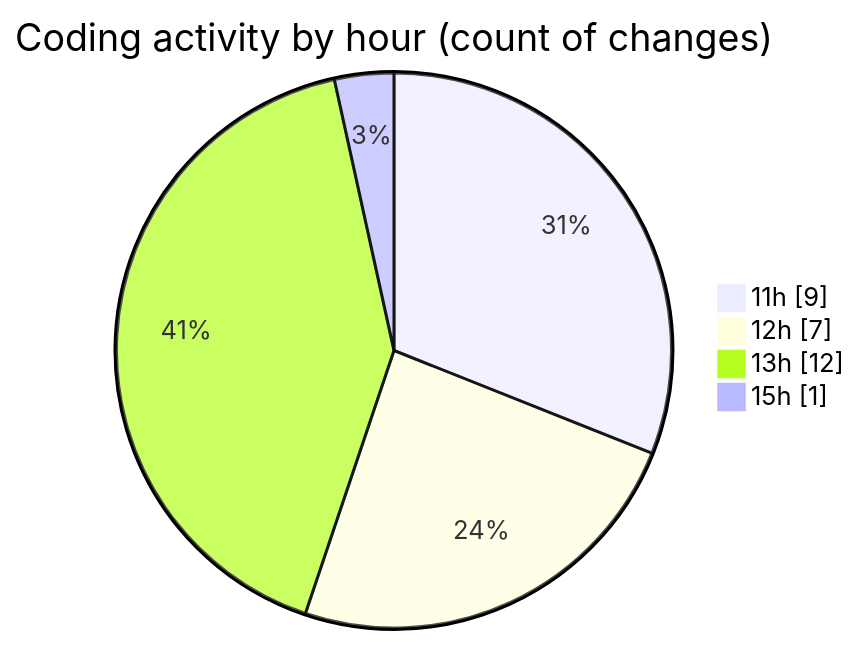
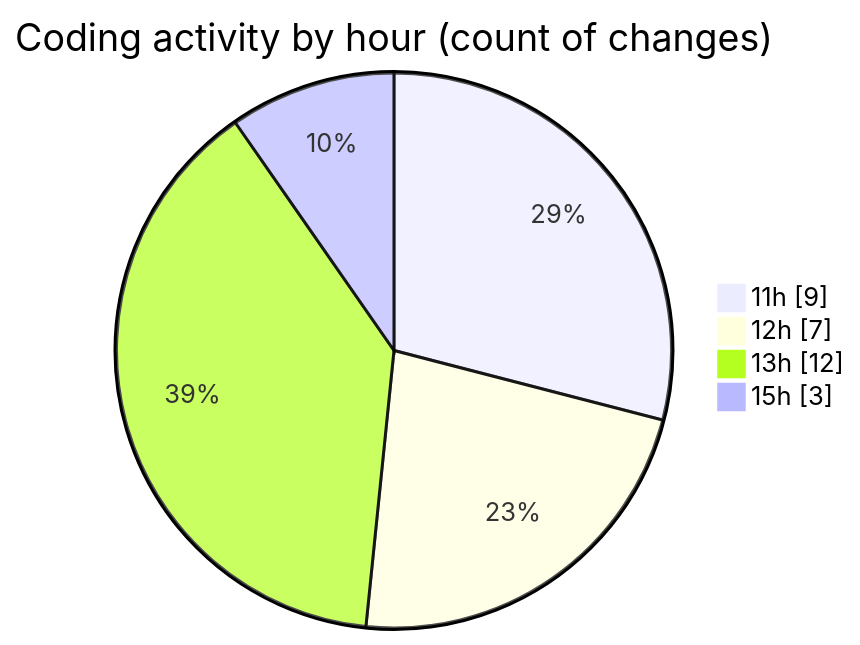
Before and after one commit to EIIisD/code-tracking: the second of 2 diagrams in 2025-08-07/ribbon/README.md, drawn with Mermaid. The commit also changed other lines of this file and 1 other file, not shown here.

````diff
--- a/2025-08-07/ribbon/README.md
+++ b/2025-08-07/ribbon/README.md
@@ -43,8 +43,8 @@
 ```mermaid
 pie showData
 title Coding activity by hour (count of changes)
 "11h" : 9
 "12h" : 7
 "13h" : 12
-"15h" : 1
+"15h" : 3
 ```
````
